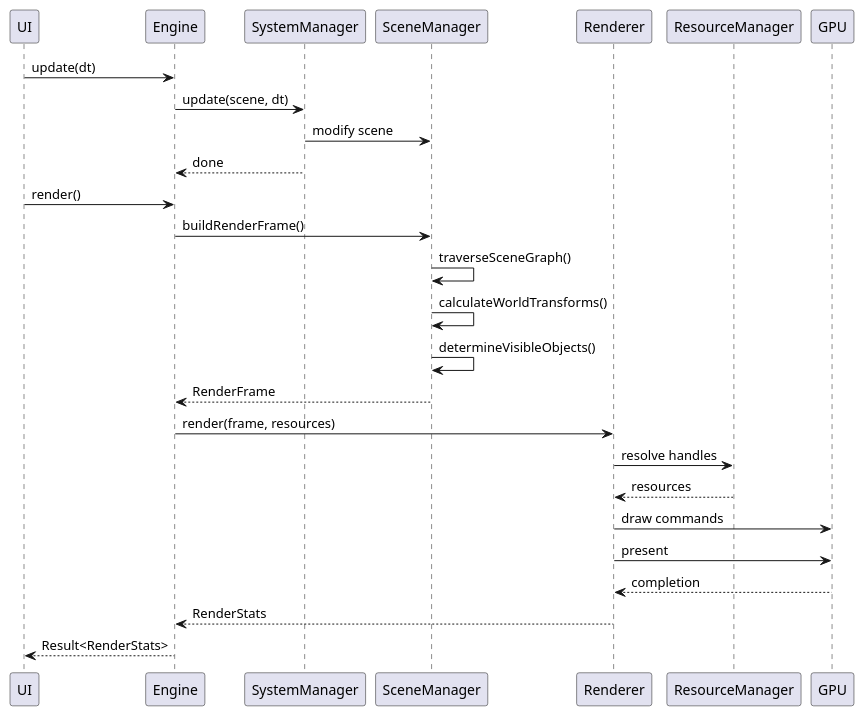
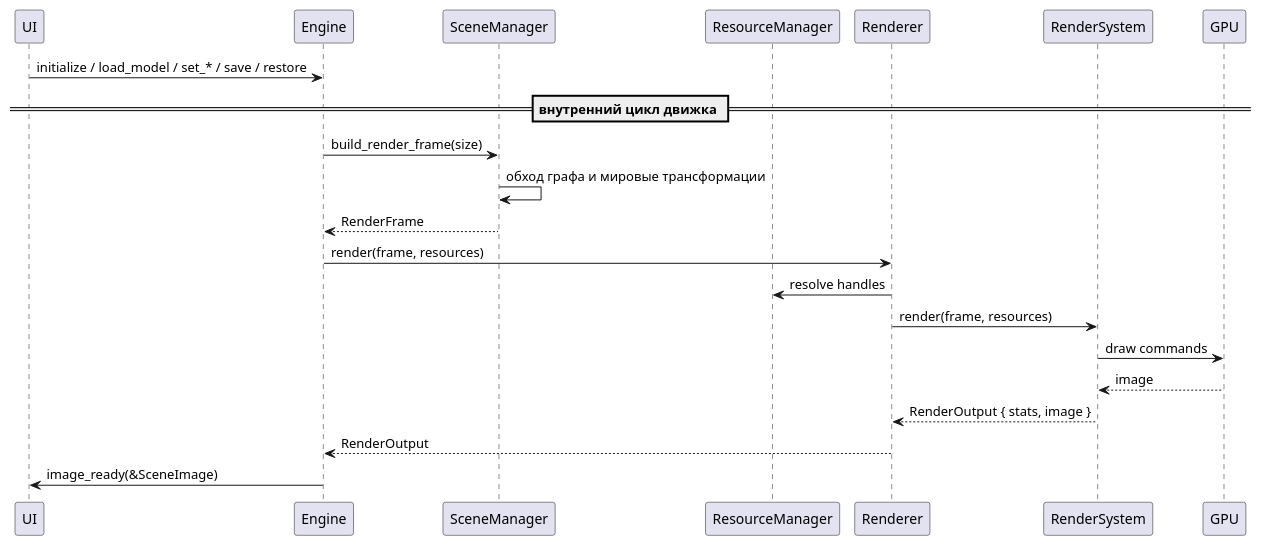
The second of 5 diagrams in docs/FREAK_Engine_Architecture.md (BFGEG/BFGE), drawn with PlantUML before and after one commit. The commit also changed other lines of this file and 2 other files, not shown here.

````diff
--- a/docs/FREAK_Engine_Architecture.md
+++ b/docs/FREAK_Engine_Architecture.md
@@ -1151,42 +1076,31 @@
 ```plantuml
 @startuml
 
 participant UI
 participant Engine
-participant SystemManager
 participant SceneManager
+participant ResourceManager
 participant Renderer
-participant ResourceManager
+participant RenderSystem
 participant GPU
 
-UI -> Engine : update(dt)
+UI -> Engine : initialize / load_model / set_* / save / restore
 
-Engine -> SystemManager : update(scene, dt)
-SystemManager -> SceneManager : modify scene
-SystemManager --> Engine : done
+== внутренний цикл движка ==
 
-UI -> Engine : render()
-
-Engine -> SceneManager : buildRenderFrame()
-
-SceneManager -> SceneManager : traverseSceneGraph()
-SceneManager -> SceneManager : calculateWorldTransforms()
-SceneManager -> SceneManager : determineVisibleObjects()
-
+Engine -> SceneManager : build_render_frame(size)
+SceneManager -> SceneManager : обход графа и мировые трансформации
 SceneManager --> Engine : RenderFrame
 
 Engine -> Renderer : render(frame, resources)
+Renderer -> ResourceManager : resolve handles
+Renderer -> RenderSystem : render(frame, resources)
+RenderSystem -> GPU : draw commands
+GPU --> RenderSystem : image
+RenderSystem --> Renderer : RenderOutput { stats, image }
+Renderer --> Engine : RenderOutput
 
-Renderer -> ResourceManager : resolve handles
-ResourceManager --> Renderer : resources
-
-Renderer -> GPU : draw commands
-Renderer -> GPU : present
-
-GPU --> Renderer : completion
-
-Renderer --> Engine : RenderStats
-Engine --> UI : Result<RenderStats>
+Engine -> UI : image_ready(&SceneImage)
 
 @enduml
 ```
````
